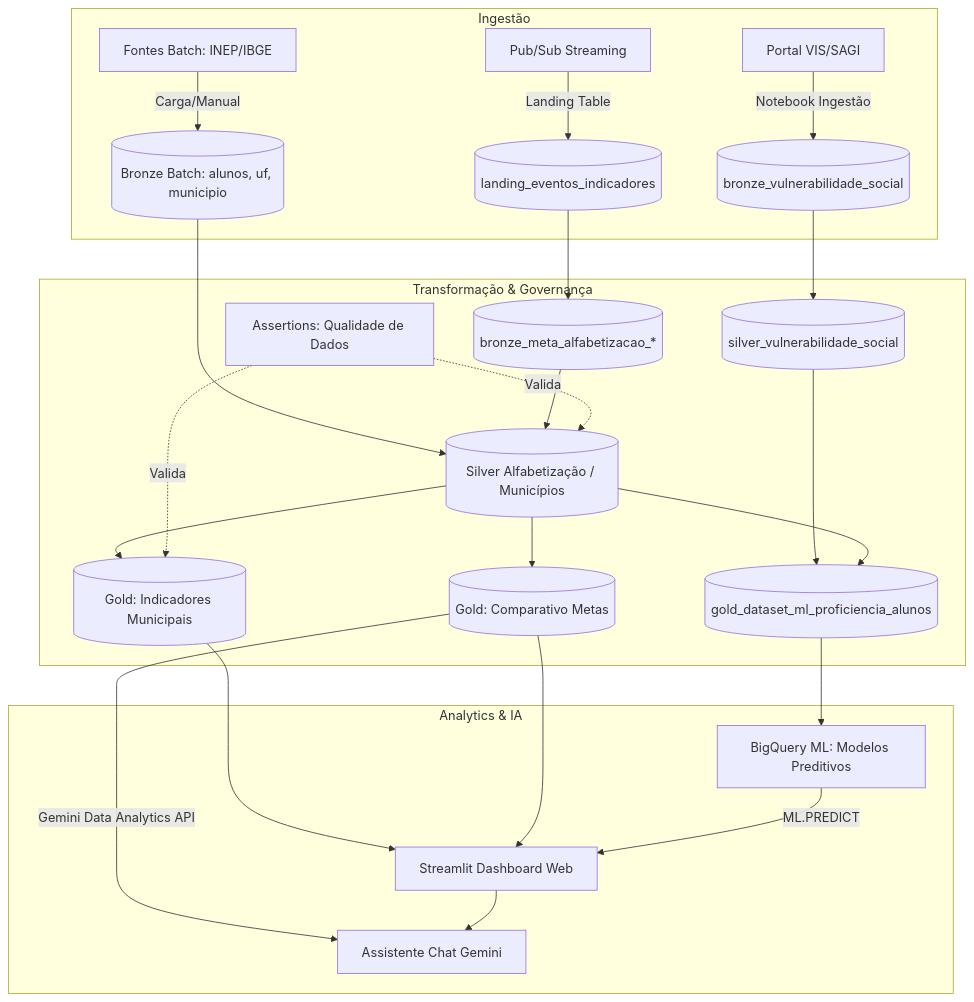
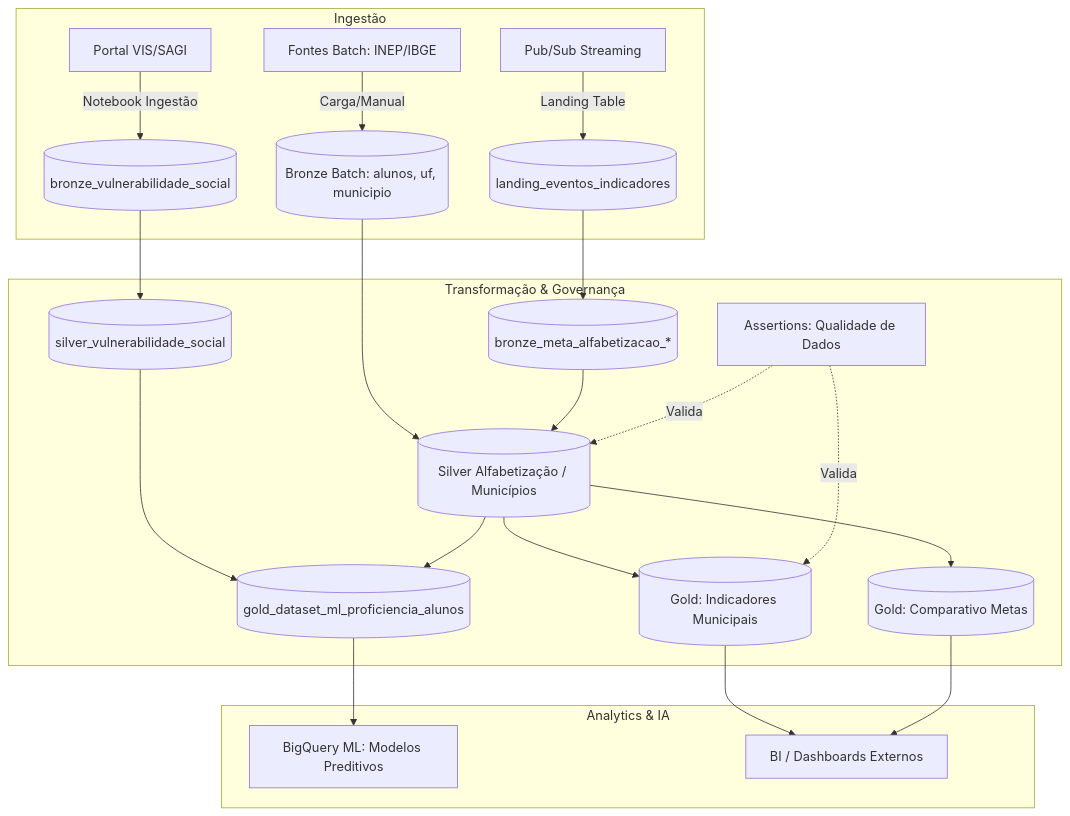
Before and after one commit to vanessahay/1IAST-TechChallenge-Fase2: the diagram in README.md, drawn with Mermaid. The commit also changed other lines of this file and 3 other files, not shown here.

````diff
--- a/README.md
+++ b/README.md
@@ -29,32 +28,29 @@
 ```mermaid
 graph TD
     subgraph Ingestão
         A[Fontes Batch: INEP/IBGE] -->|Carga/Manual| B[(Bronze Batch: alunos, uf, municipio)]
         C[Portal VIS/SAGI] -->|Notebook Ingestão| D[(bronze_vulnerabilidade_social)]
         E[Pub/Sub Streaming] -->|Landing Table| F[(landing_eventos_indicadores)]
     end
 
     subgraph Dataform [Transformação & Governança]
         B --> G[(Silver Alfabetização / Municípios)]
         D --> H[(silver_vulnerabilidade_social)]
         F --> I[(bronze_meta_alfabetizacao_*)]
         
         I --> G
         G --> J[(Gold: Indicadores Municipais)]
         G --> K[(Gold: Comparativo Metas)]
         H --> L[(gold_dataset_ml_proficiencia_alunos)]
         G --> L
         
         M[Assertions: Qualidade de Dados] -.->|Valida| G
         M -.->|Valida| J
     end
 
     subgraph Analytics & IA
         L --> N[BigQuery ML: Modelos Preditivos]
-        J --> O[Streamlit Dashboard Web]
-        K --> O
-        N -->|ML.PREDICT| O
-        K -->|Gemini Data Analytics API| P[Assistente Chat Gemini]
-        O --> P
+        J --> P[BI / Dashboards Externos]
+        K --> P
     end
 ```
````
